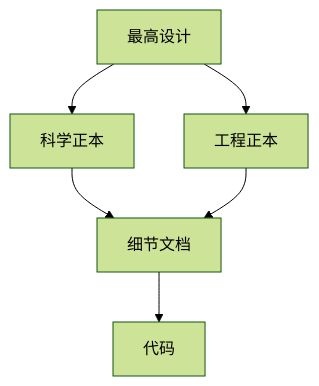
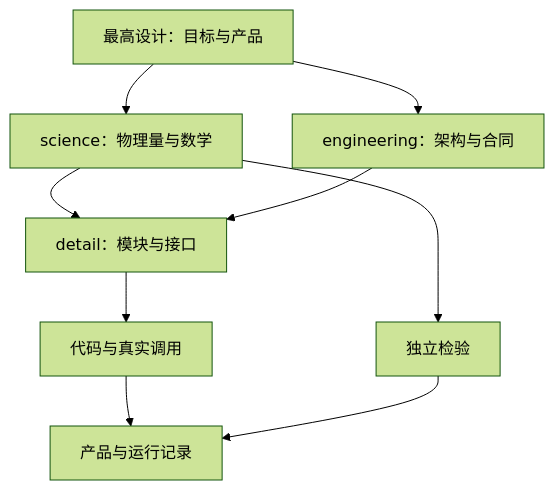
Before and after one commit to fujiaze/Astro-CS-Database: the diagram in docs/engineering/governance/DOCUMENT_GOVERNANCE.md, drawn with Mermaid (forest theme). The commit also changed other lines of this file and 159 other files, not shown here.

````diff
--- a/docs/engineering/governance/DOCUMENT_GOVERNANCE.md
+++ b/docs/engineering/governance/DOCUMENT_GOVERNANCE.md
@@ -7,8 +7,11 @@
 ```mermaid
 flowchart TD
- D[最高设计] --> S[科学正本]
- D --> E[工程正本]
- S --> X[细节文档]
- E --> X
- X --> C[代码]
+    D[最高设计：目标与产品] --> S[science：物理量与数学]
+    D --> E[engineering：架构与合同]
+    S --> X[detail：模块与接口]
+    E --> X
+    X --> C[代码与真实调用]
+    S --> T[独立检验]
+    C --> R[产品与运行记录]
+    T --> R
 ```
````
